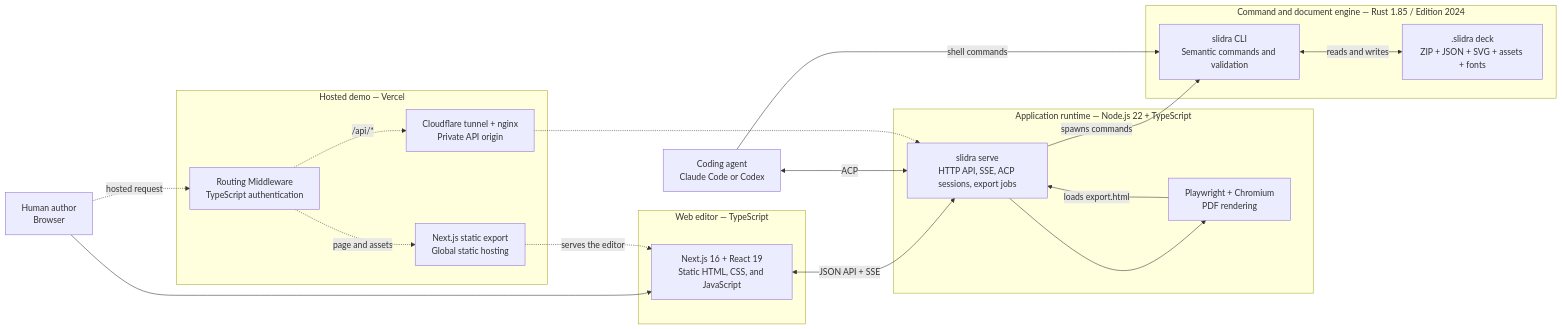
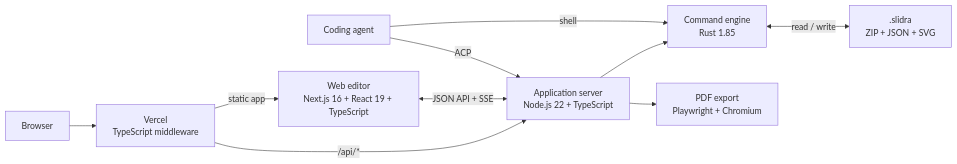
One commit to Noopher-AI/slidra changed the diagram in README.md. Above: the diagram before and after it, drawn with Mermaid.

Commit message:
docs: simplify architecture diagram

````diff
--- a/README.md
+++ b/README.md
@@ -76,40 +76,12 @@
 ```mermaid
 flowchart LR
-    Human["Human author<br/>Browser"]
-    Agent["Coding agent<br/>Claude Code or Codex"]
-
-    subgraph Web["Web editor — TypeScript"]
-        Editor["Next.js 16 + React 19<br/>Static HTML, CSS, and JavaScript"]
-    end
-
-    subgraph App["Application runtime — Node.js 22 + TypeScript"]
-        Server["slidra serve<br/>HTTP API, SSE, ACP sessions, export jobs"]
-        Renderer["Playwright + Chromium<br/>PDF rendering"]
-    end
-
-    subgraph Domain["Command and document engine — Rust 1.85 / Edition 2024"]
-        CLI["slidra CLI<br/>Semantic commands and validation"]
-        Deck[".slidra deck<br/>ZIP + JSON + SVG + assets + fonts"]
-    end
-
-    subgraph Edge["Hosted demo — Vercel"]
-        Middleware["Routing Middleware<br/>TypeScript authentication"]
-        Static["Next.js static export<br/>Global static hosting"]
-        Origin["Cloudflare tunnel + nginx<br/>Private API origin"]
-    end
-
-    Human --> Editor
-    Editor <-->|"JSON API + SSE"| Server
-    Agent <-->|"ACP"| Server
-    Agent -->|"shell commands"| CLI
-    Server -->|"spawns commands"| CLI
-    Server --> Renderer
-    Renderer -->|"loads export.html"| Server
-    CLI <-->|"reads and writes"| Deck
-
-    Human -.->|"hosted request"| Middleware
-    Middleware -.->|"page and assets"| Static
-    Static -.->|"serves the editor"| Editor
-    Middleware -.->|"/api/*"| Origin
-    Origin -.-> Server
+    Browser["Browser"] --> Edge["Vercel<br/>TypeScript middleware"]
+    Edge -->|"static app"| Web["Web editor<br/>Next.js 16 + React 19 + TypeScript"]
+    Edge -->|"/api/*"| Server["Application server<br/>Node.js 22 + TypeScript"]
+    Web <-->|"JSON API + SSE"| Server
+    Agent["Coding agent"] -->|"ACP"| Server
+    Server --> CLI["Command engine<br/>Rust 1.85"]
+    Agent -->|"shell"| CLI
+    CLI <-->|"read / write"| Deck[".slidra<br/>ZIP + JSON + SVG"]
+    Server --> PDF["PDF export<br/>Playwright + Chromium"]
 ```
````
